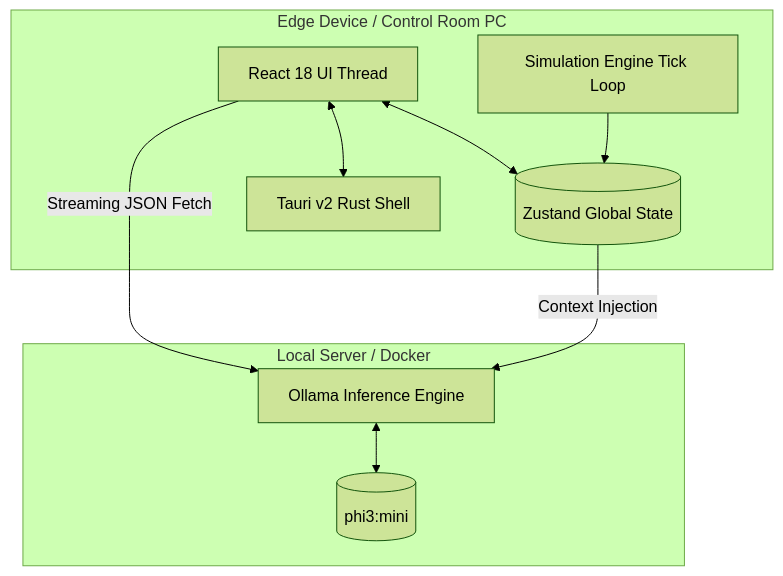
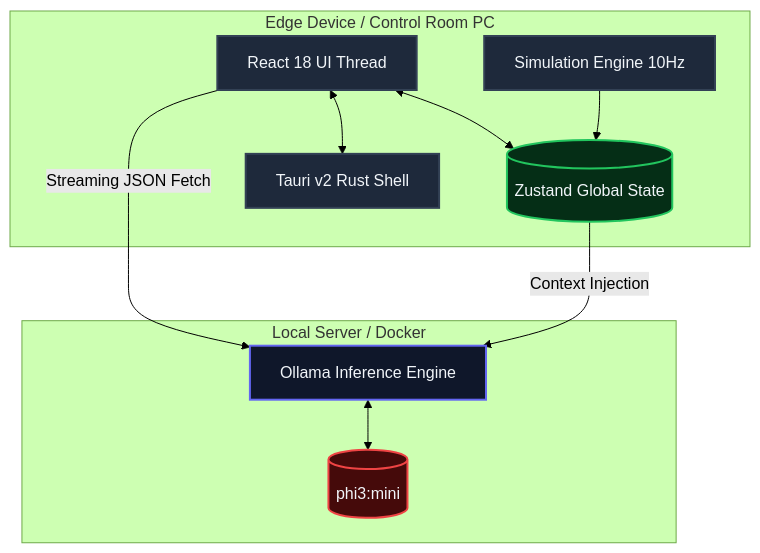
One commit to aadhyanthk/FIFA-26-Operations-Control-Center changed the first of 3 diagrams in README.md. Above: the diagram before and after it, drawn with Mermaid (forest theme). The commit also changed other lines of this file, not shown here.

Commit message:
docs: hyper-optimize README with styled mermaid graphs, metric tables, and enterprise hooks

````diff
--- a/README.md
+++ b/README.md
@@ -41,23 +51,28 @@
 ```mermaid
 graph TD
+    classDef edge fill:#1e293b,stroke:#334155,stroke-width:2px,color:#f1f5f9;
+    classDef server fill:#0f172a,stroke:#6366f1,stroke-width:2px,color:#f1f5f9;
+    classDef data fill:#052e16,stroke:#22c55e,stroke-width:2px,color:#f1f5f9;
+    classDef model fill:#450a0a,stroke:#ef4444,stroke-width:2px,color:#f1f5f9;
+
     subgraph Edge Device / Control Room PC
-        UI[React 18 UI Thread]
-        Sim[Simulation Engine Tick Loop]
-        State[(Zustand Global State)]
-        Tauri[Tauri v2 Rust Shell]
+        UI[React 18 UI Thread]:::edge
+        Sim[Simulation Engine 10Hz]:::edge
+        State[(Zustand Global State)]:::data
+        Tauri[Tauri v2 Rust Shell]:::edge
         
         UI <--> State
         Sim --> State
         UI <--> Tauri
     end
 
     subgraph Local Server / Docker
-        Ollama[Ollama Inference Engine]
-        Model[(phi3:mini)]
+        Ollama[Ollama Inference Engine]:::server
+        Model[(phi3:mini)]:::model
         
         Ollama <--> Model
     end
 
     UI -- Streaming JSON Fetch --> Ollama
     State -- Context Injection --> Ollama
 ```
````
